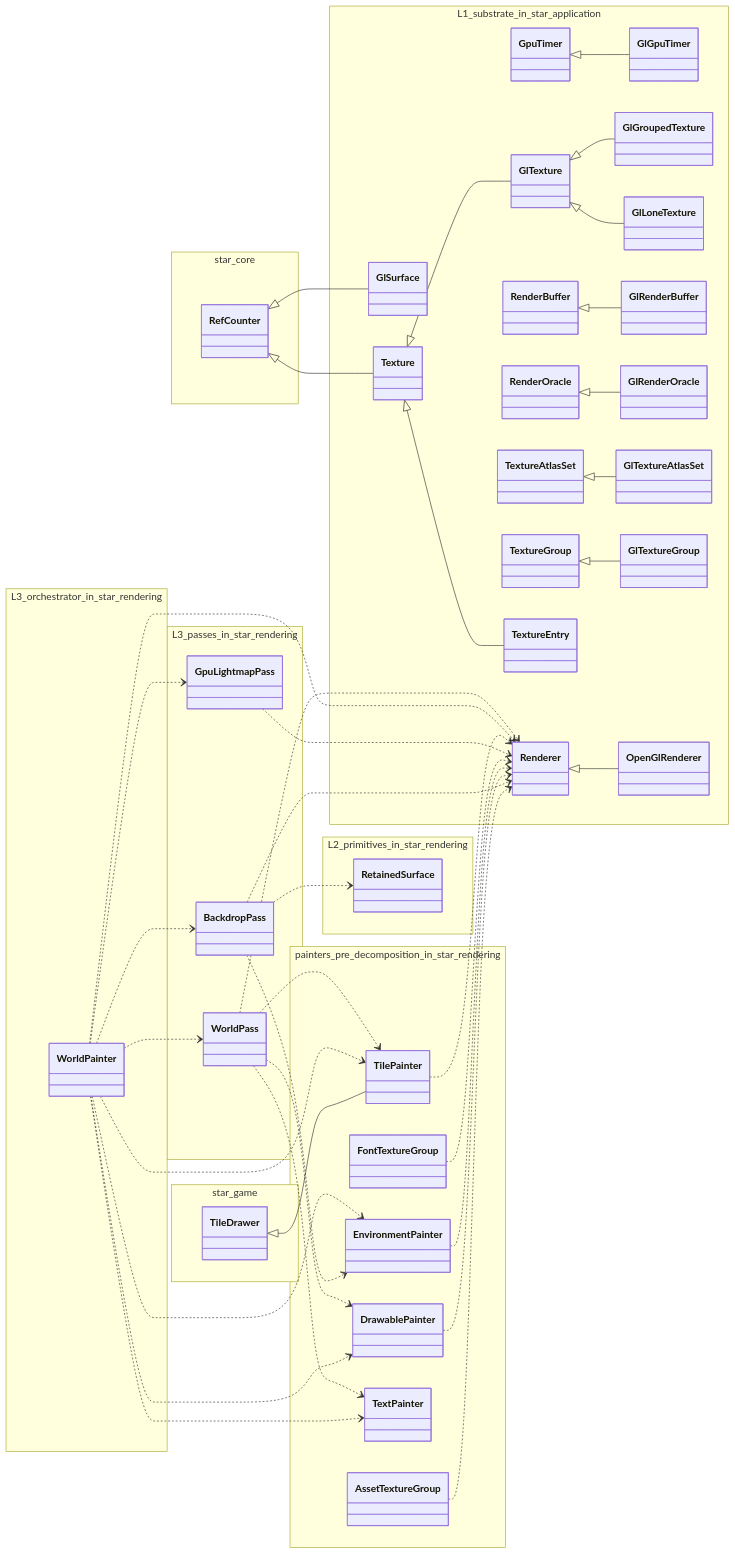
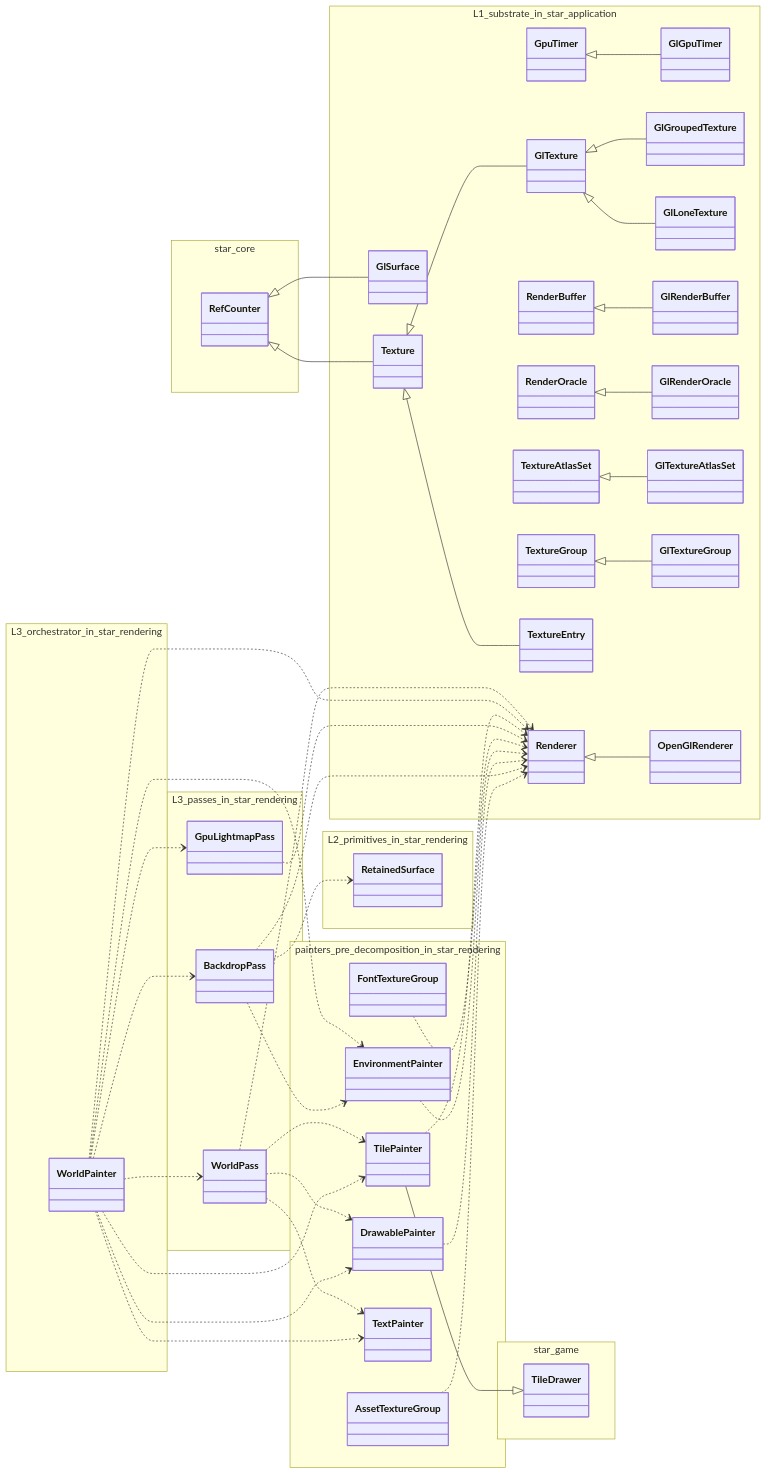
Diagram 11 of 11 in docs/architecture/system-boundaries.md (apnex/OpenStarbound), drawn with Mermaid before and after one commit. The commit also changed 1 other file, not shown here.

First paragraph of the commit message:
docs(arch): write the subsystem-leaving inheritance edge derived-first, so star_game renders outside
Director asked whether the star_game namespace box could sit to the RIGHT of the painters box without
disturbing the rest of the class diagram.

```diff
--- a/docs/architecture/system-boundaries.md
+++ b/docs/architecture/system-boundaries.md
@@ -943,7 +943,7 @@
   Renderer <|-- OpenGlRenderer
   RefCounter <|-- Texture
   Texture <|-- TextureEntry
-  TileDrawer <|-- TilePainter
+  TilePainter --|> TileDrawer
   AssetTextureGroup ..> Renderer
   BackdropPass ..> EnvironmentPainter
   BackdropPass ..> Renderer
```
